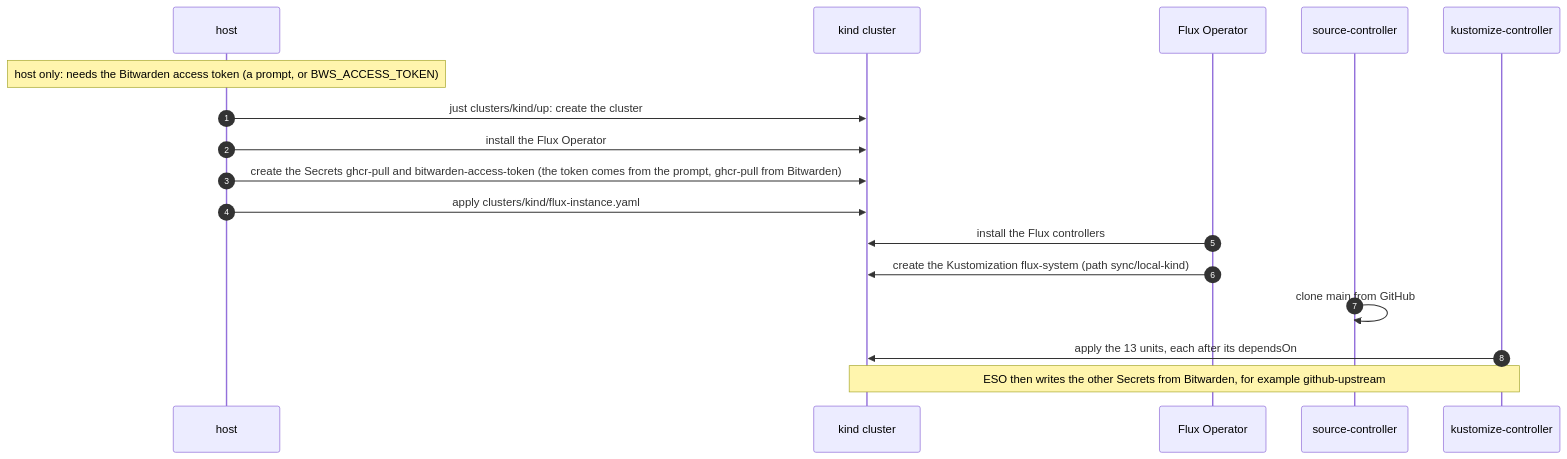
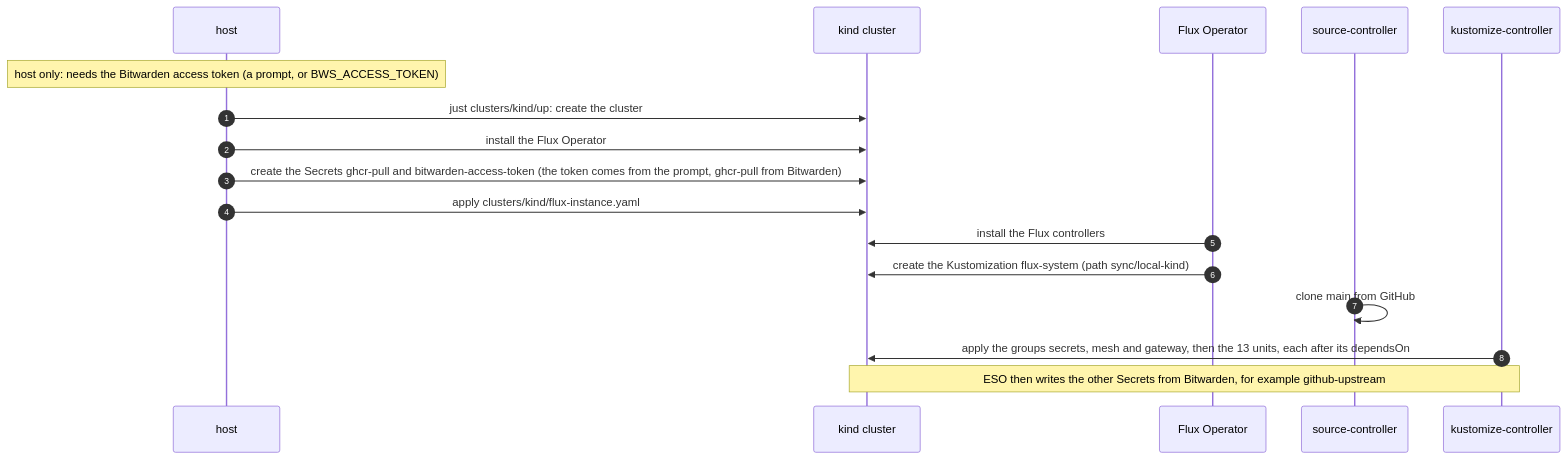
The first of 4 diagrams in code/mcp-sandbox/part-3-mcp-guardrails/docs/orchestration.md (raghav19/engineersdaybook), drawn with Mermaid before and after one commit. The commit also changed other lines of this file and 36 other files, not shown here.

First line of the commit message:
Group the units by dependency chain: secrets, mesh, gateway (#134)

````diff
--- a/code/mcp-sandbox/part-3-mcp-guardrails/docs/orchestration.md
+++ b/code/mcp-sandbox/part-3-mcp-guardrails/docs/orchestration.md
@@ -44,20 +53,20 @@
 ```mermaid
 sequenceDiagram
     autonumber
     participant H as host
     participant K as kind cluster
     participant O as Flux Operator
     participant S as source-controller
     participant C as kustomize-controller
 
     Note over H: host only: needs the Bitwarden access token (a prompt, or BWS_ACCESS_TOKEN)
     H->>K: just clusters/kind/up: create the cluster
     H->>K: install the Flux Operator
     H->>K: create the Secrets ghcr-pull and bitwarden-access-token (the token comes from the prompt, ghcr-pull from Bitwarden)
     H->>K: apply clusters/kind/flux-instance.yaml
     O->>K: install the Flux controllers
     O->>K: create the Kustomization flux-system (path sync/local-kind)
     S->>S: clone main from GitHub
-    C->>K: apply the 13 units, each after its dependsOn
+    C->>K: apply the groups secrets, mesh and gateway, then the 13 units, each after its dependsOn
     Note over C,K: ESO then writes the other Secrets from Bitwarden, for example github-upstream
 ```
````
